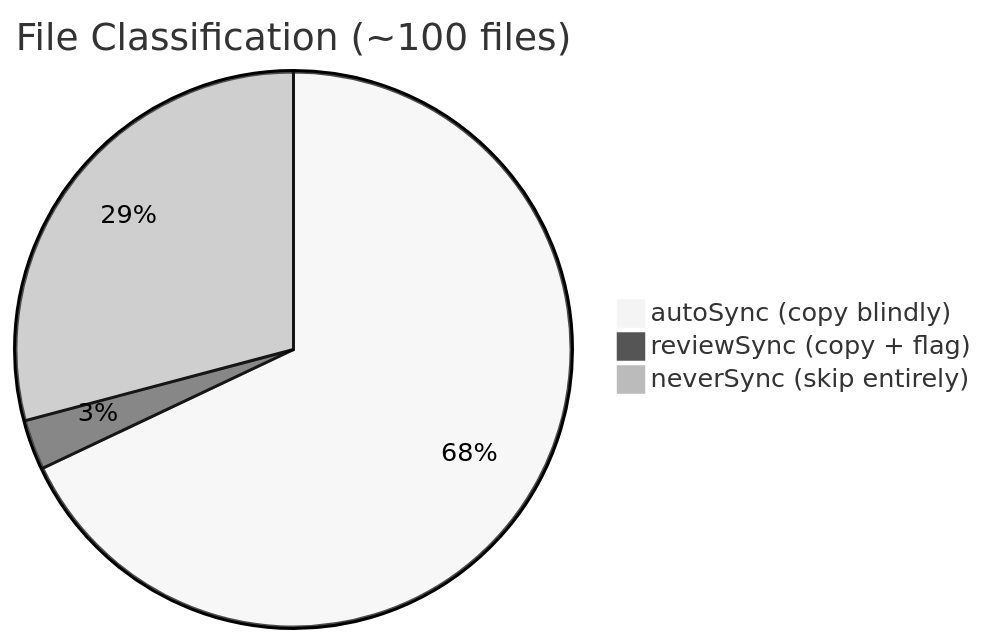
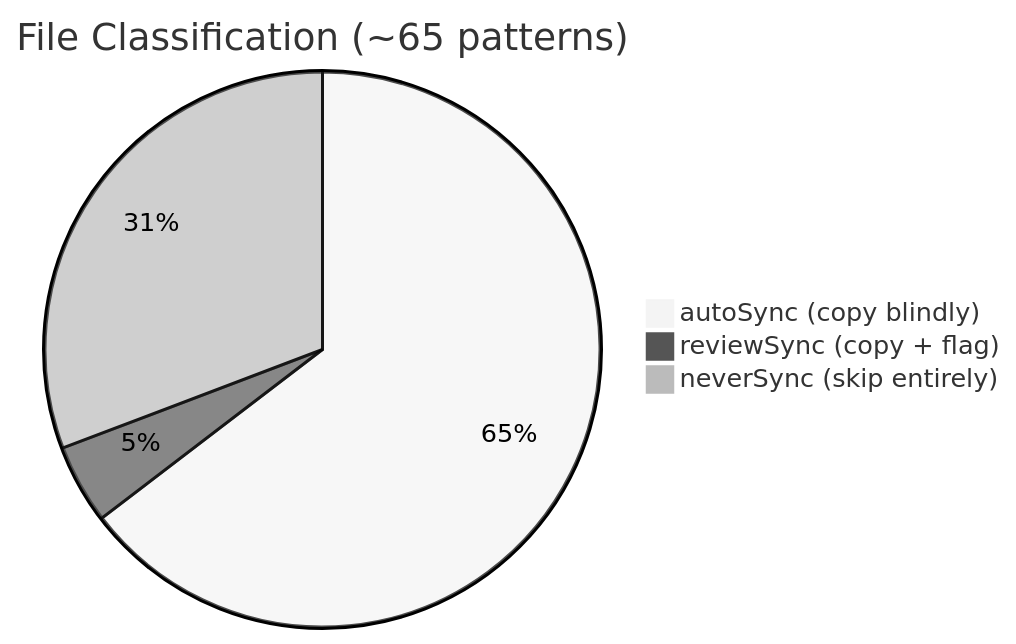
Before and after one commit to imosneuro/azure-agentic-infraops-workshop: the second of 4 diagrams in docs/upstream-sync.md, drawn with Mermaid. The commit also changed other lines of this file and 2 other files, not shown here.

First line of the commit message:
fix(sync): exclude workflows, archives, and binary outputs from upstream sync (#19)

````diff
--- a/docs/upstream-sync.md
+++ b/docs/upstream-sync.md
@@ -53,7 +53,7 @@
 ```mermaid
 %%{init: {'theme':'neutral'}}%%
-pie title File Classification (~100 files)
-    "autoSync (copy blindly)" : 70
+pie title File Classification (~65 patterns)
+    "autoSync (copy blindly)" : 42
     "reviewSync (copy + flag)" : 3
-    "neverSync (skip entirely)" : 30
+    "neverSync (skip entirely)" : 20
 ```
````
